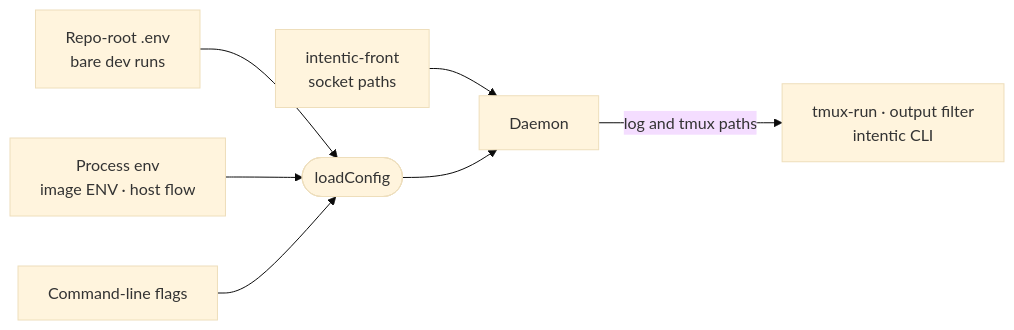
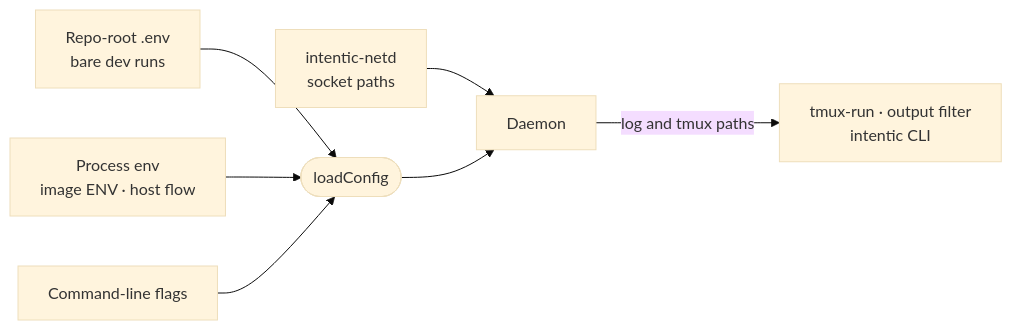
Before and after one commit to intentic/intentic: the diagram in _sandbox/sandbox/docs/env-contract.md, drawn with Mermaid (base theme). The commit also changed other lines of this file and 248 other files, not shown here.

First line of the commit message:
feat(sandbox)!: replace front with netd and drop front-wire

````diff
--- a/_sandbox/sandbox/docs/env-contract.md
+++ b/_sandbox/sandbox/docs/env-contract.md
@@ -5,9 +5,9 @@
 ```mermaid
 flowchart LR
     dotenv["Repo-root .env<br/>bare dev runs"] --> config(["loadConfig"])
     env["Process env<br/>image ENV · host flow"] --> config
     argv["Command-line flags"] --> config
-    front["intentic-front<br/>socket paths"] --> daemon["Daemon"]
+    netd["intentic-netd<br/>socket paths"] --> daemon["Daemon"]
     config --> daemon
     daemon -->|"log and tmux paths"| children["tmux-run · output filter<br/>intentic CLI"]
 ```
````
